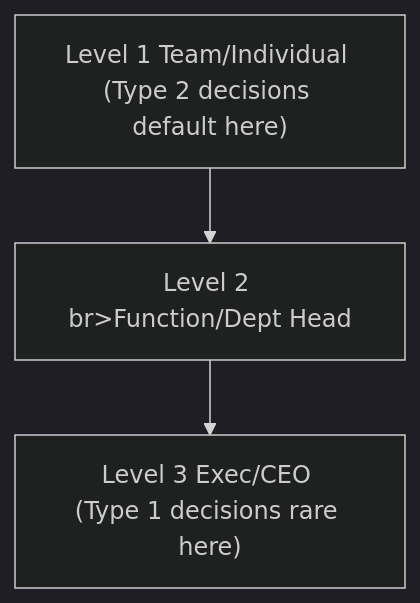
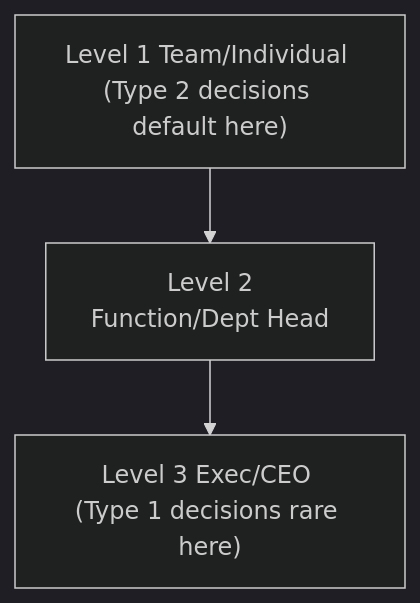
Before and after one commit to ngtranthanhtoan/business-301-executive-leadership: the diagram in executive_leadership_301_chapter_06.md, drawn with Mermaid (dark theme).

Commit message:
update mermaid

````diff
--- a/executive_leadership_301_chapter_06.md
+++ b/executive_leadership_301_chapter_06.md
@@ -36,5 +36,5 @@
 ```mermaid
 flowchart TB
-  L1["Level 1 Team/Individual <br>(Type 2 decisions default here)"] --> L2["Level 2 br>Function/Dept Head"]
+  L1["Level 1 Team/Individual <br>(Type 2 decisions default here)"] --> L2["Level 2 <br>Function/Dept Head"]
   L2 --> L3["Level 3 Exec/CEO <br>(Type 1 decisions rare here)"]
 ```
````
